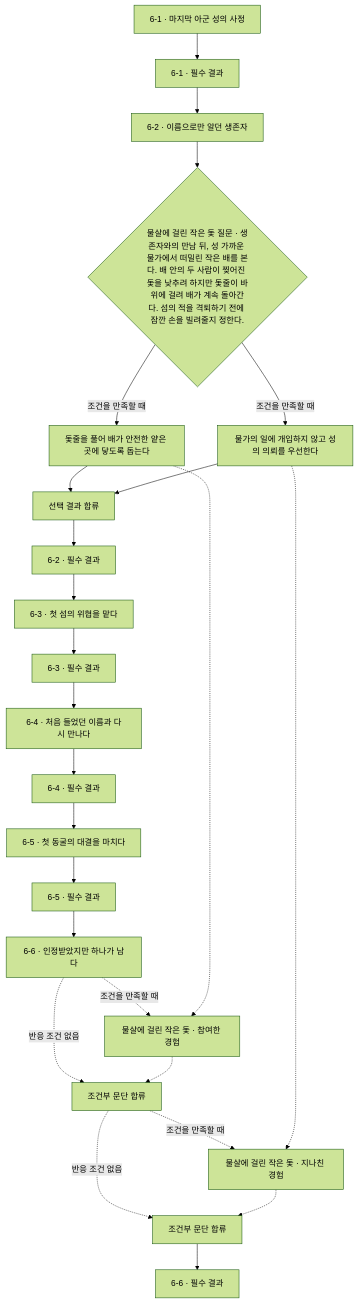
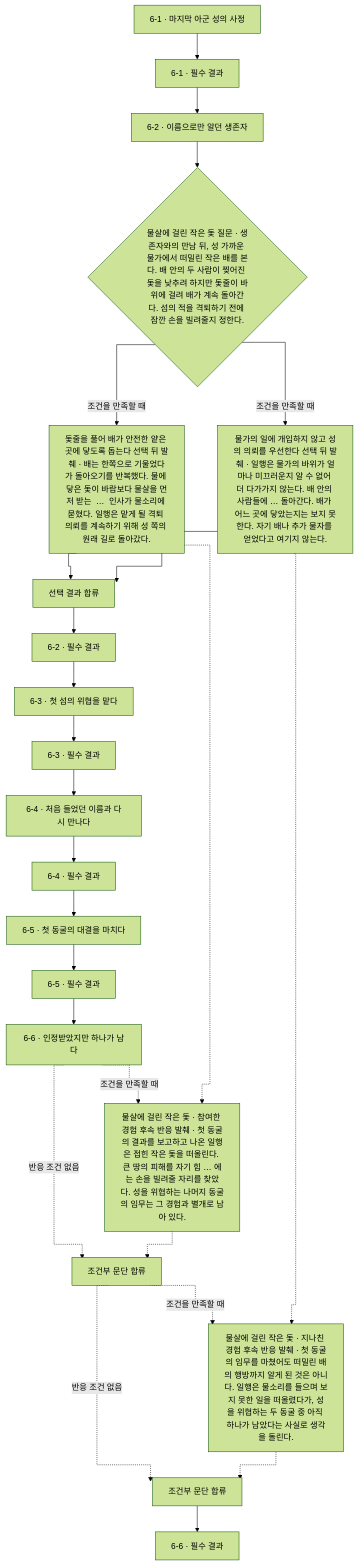
The eighth of 17 diagrams in novel/writing/side-stories/generated/flow.md (obmaz/lore), drawn with Mermaid (forest theme) before and after one commit. The commit also changed other lines of this file and 20 other files, not shown here.

Commit message:
Show branch outcomes and route graph memory links orthogonally

````diff
--- a/novel/writing/side-stories/generated/flow.md
+++ b/novel/writing/side-stories/generated/flow.md
@@ -691,47 +698,48 @@
 ```mermaid
+%%{init: {"flowchart": {"curve": "stepAfter"}}}%%
 flowchart TB
   n5432424551af8db6["6-1 · 마지막 아군 성의 사정"]
   n816f522795ed16d5["6-1 · 필수 결과"]
   n684e47434a0133a5["6-2 · 이름으로만 알던 생존자"]
   n6a4ff8dcf3942fb0{"물살에 걸린 작은 돛 질문 · 생존자와의 만남 뒤, 성 가까운 물가에서 떠밀린 작은 배를 본다. 배 안의 두 사람이 찢어진 돛을 낮추려 하지만 돛줄이 바위에 걸려 배가 계속 돌아간다. 섬의 적을 격퇴하기 전에 잠깐 손을 빌려줄지 정한다."}
   nb821ef1c7ac3ff49["선택 결과 합류"]
-  n9040b170828e2aff["돛줄을 풀어 배가 안전한 얕은 곳에 닿도록 돕는다"]
-  nb46844c0e09628b2["물가의 일에 개입하지 않고 성의 의뢰를 우선한다"]
+  n9040b170828e2aff["돛줄을 풀어 배가 안전한 얕은 곳에 닿도록 돕는다 선택 뒤 발췌 · 배는 한쪽으로 기울었다가 돌아오기를 반복했다. 물에 닿은 돛이 바람보다 물살을 먼저 받는  …  인사가 물소리에 묻혔다. 일행은 맡게 될 격퇴 의뢰를 계속하기 위해 성 쪽의 원래 길로 돌아갔다."]
+  nb46844c0e09628b2["물가의 일에 개입하지 않고 성의 의뢰를 우선한다 선택 뒤 발췌 · 일행은 물가의 바위가 얼마나 미끄러운지 알 수 없어 더 다가가지 않는다. 배 안의 사람들에 … 돌아간다. 배가 어느 곳에 닿았는지는 보지 못한다. 자기 배나 추가 물자를 얻었다고 여기지 않는다."]
   n6beac40f85b552db["6-2 · 필수 결과"]
   nb0ed04a7a5951a59["6-3 · 첫 섬의 위협을 맡다"]
   nc6da4e3e1f388901["6-3 · 필수 결과"]
   n51cadf7c5c9d0a72["6-4 · 처음 들었던 이름과 다시 만나다"]
   n686a74632fc0f931["6-4 · 필수 결과"]
   nba6fe964671987fb["6-5 · 첫 동굴의 대결을 마치다"]
   n2e582051aa67b5e1["6-5 · 필수 결과"]
   nf9d8fd9eccc4a98d["6-6 · 인정받았지만 하나가 남다"]
-  n27108b3681b0ee64["물살에 걸린 작은 돛 · 참여한 경험"]
+  n27108b3681b0ee64["물살에 걸린 작은 돛 · 참여한 경험 후속 반응 발췌 · 첫 동굴의 결과를 보고하고 나온 일행은 접힌 작은 돛을 떠올린다. 큰 땅의 피해를 자기 힘 … 에는 손을 빌려줄 자리를 찾았다. 성을 위협하는 나머지 동굴의 임무는 그 경험과 별개로 남아 있다."]
   n40b2454525c4c402["조건부 문단 합류"]
-  nee9a2c4ae9499427["물살에 걸린 작은 돛 · 지나친 경험"]
+  nee9a2c4ae9499427["물살에 걸린 작은 돛 · 지나친 경험 후속 반응 발췌 · 첫 동굴의 임무를 마쳤어도 떠밀린 배의 행방까지 알게 된 것은 아니다. 일행은 물소리를 들으며 보지 못한 일을 떠올렸다가, 성을 위협하는 두 동굴 중 아직 하나가 남았다는 사실로 생각을 돌린다."]
   nae58a4d1459e2cc2["조건부 문단 합류"]
   n05010236c40b4c58["6-6 · 필수 결과"]
   n5432424551af8db6 --> n816f522795ed16d5
   n684e47434a0133a5 --> n6a4ff8dcf3942fb0
   n6a4ff8dcf3942fb0 -->|조건을 만족할 때| n9040b170828e2aff
   n9040b170828e2aff --> nb821ef1c7ac3ff49
   n6a4ff8dcf3942fb0 -->|조건을 만족할 때| nb46844c0e09628b2
   nb46844c0e09628b2 --> nb821ef1c7ac3ff49
   nb821ef1c7ac3ff49 --> n6beac40f85b552db
   n816f522795ed16d5 --> n684e47434a0133a5
   nb0ed04a7a5951a59 --> nc6da4e3e1f388901
   n6beac40f85b552db --> nb0ed04a7a5951a59
   n51cadf7c5c9d0a72 --> n686a74632fc0f931
   nc6da4e3e1f388901 --> n51cadf7c5c9d0a72
   nba6fe964671987fb --> n2e582051aa67b5e1
   n686a74632fc0f931 --> nba6fe964671987fb
   nf9d8fd9eccc4a98d -.->|조건을 만족할 때| n27108b3681b0ee64
   nf9d8fd9eccc4a98d -.->|반응 조건 없음| n40b2454525c4c402
   n27108b3681b0ee64 -.-> n40b2454525c4c402
   n40b2454525c4c402 -.->|조건을 만족할 때| nee9a2c4ae9499427
   n40b2454525c4c402 -.->|반응 조건 없음| nae58a4d1459e2cc2
   nee9a2c4ae9499427 -.-> nae58a4d1459e2cc2
   nae58a4d1459e2cc2 --> n05010236c40b4c58
   n2e582051aa67b5e1 --> nf9d8fd9eccc4a98d
   n9040b170828e2aff -.-> n27108b3681b0ee64
   nb46844c0e09628b2 -.-> nee9a2c4ae9499427
 ```
````
